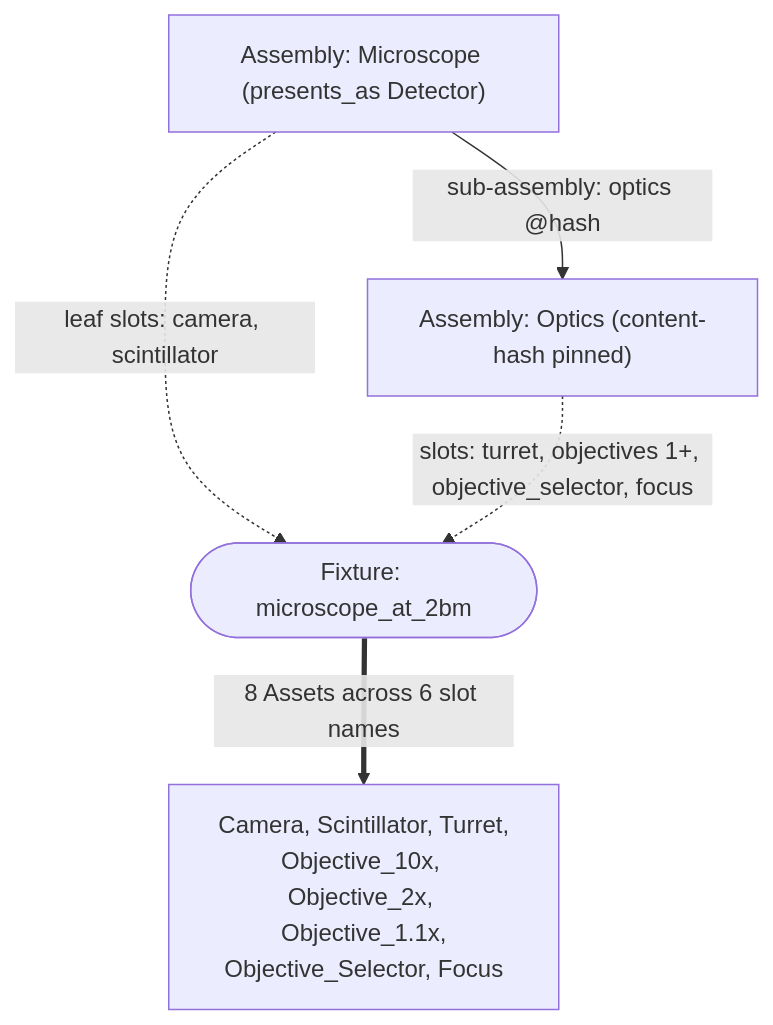
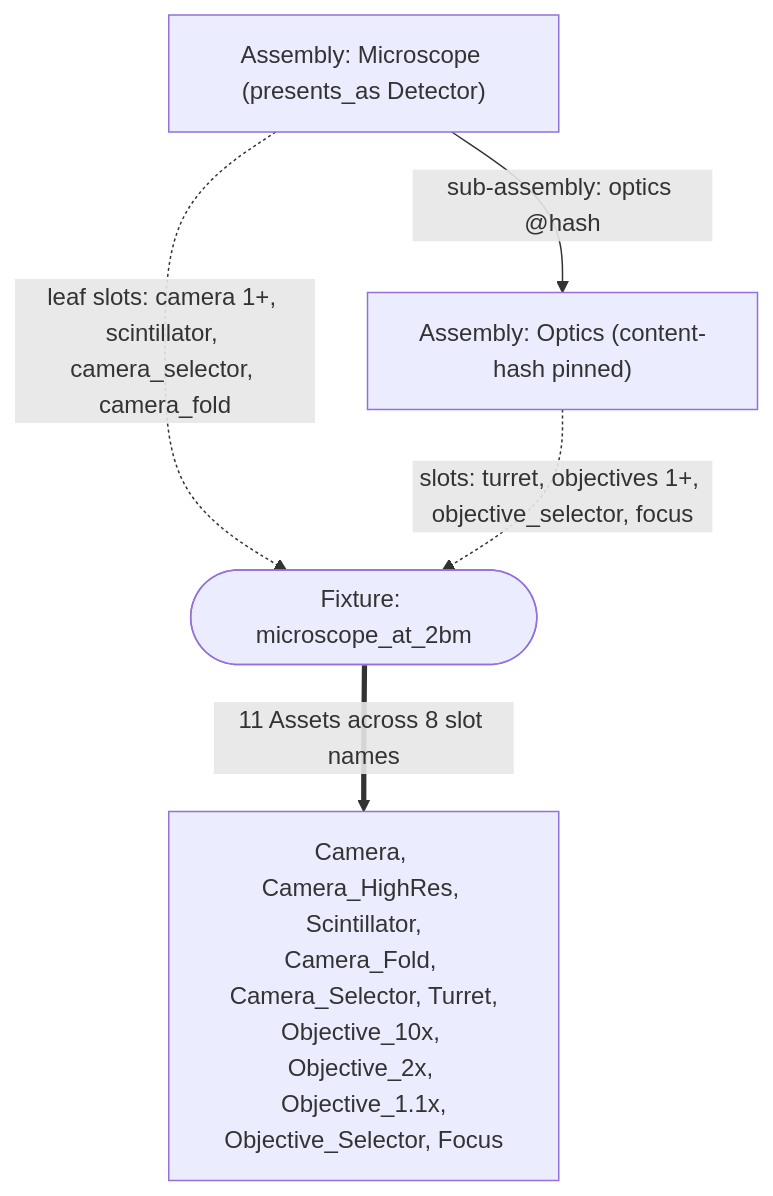
The diagram in docs/deployments/2-bm/equipment/microscope.md (xmap/cora), drawn with Mermaid before and after one commit. The commit also changed other lines of this file and 3 other files, not shown here.

````diff
--- a/docs/deployments/2-bm/equipment/microscope.md
+++ b/docs/deployments/2-bm/equipment/microscope.md
@@ -48,10 +55,10 @@
 ```mermaid
 flowchart TD
   MIC["Assembly: Microscope (presents_as Detector)"]
   OPT["Assembly: Optics (content-hash pinned)"]
   FIX(["Fixture: microscope_at_2bm"])
   MIC -- "sub-assembly: optics @hash" --> OPT
-  MIC -. "leaf slots: camera, scintillator" .-> FIX
+  MIC -. "leaf slots: camera 1+, scintillator, camera_selector, camera_fold" .-> FIX
   OPT -. "slots: turret, objectives 1+, objective_selector, focus" .-> FIX
-  FIX == "8 Assets across 6 slot names" ==> AS["Camera, Scintillator, Turret,<br/>Objective_10x, Objective_2x, Objective_1.1x,<br/>Objective_Selector, Focus"]
+  FIX == "11 Assets across 8 slot names" ==> AS["Camera, Camera_HighRes, Scintillator,<br/>Camera_Fold, Camera_Selector, Turret,<br/>Objective_10x, Objective_2x, Objective_1.1x,<br/>Objective_Selector, Focus"]
 ```
````
